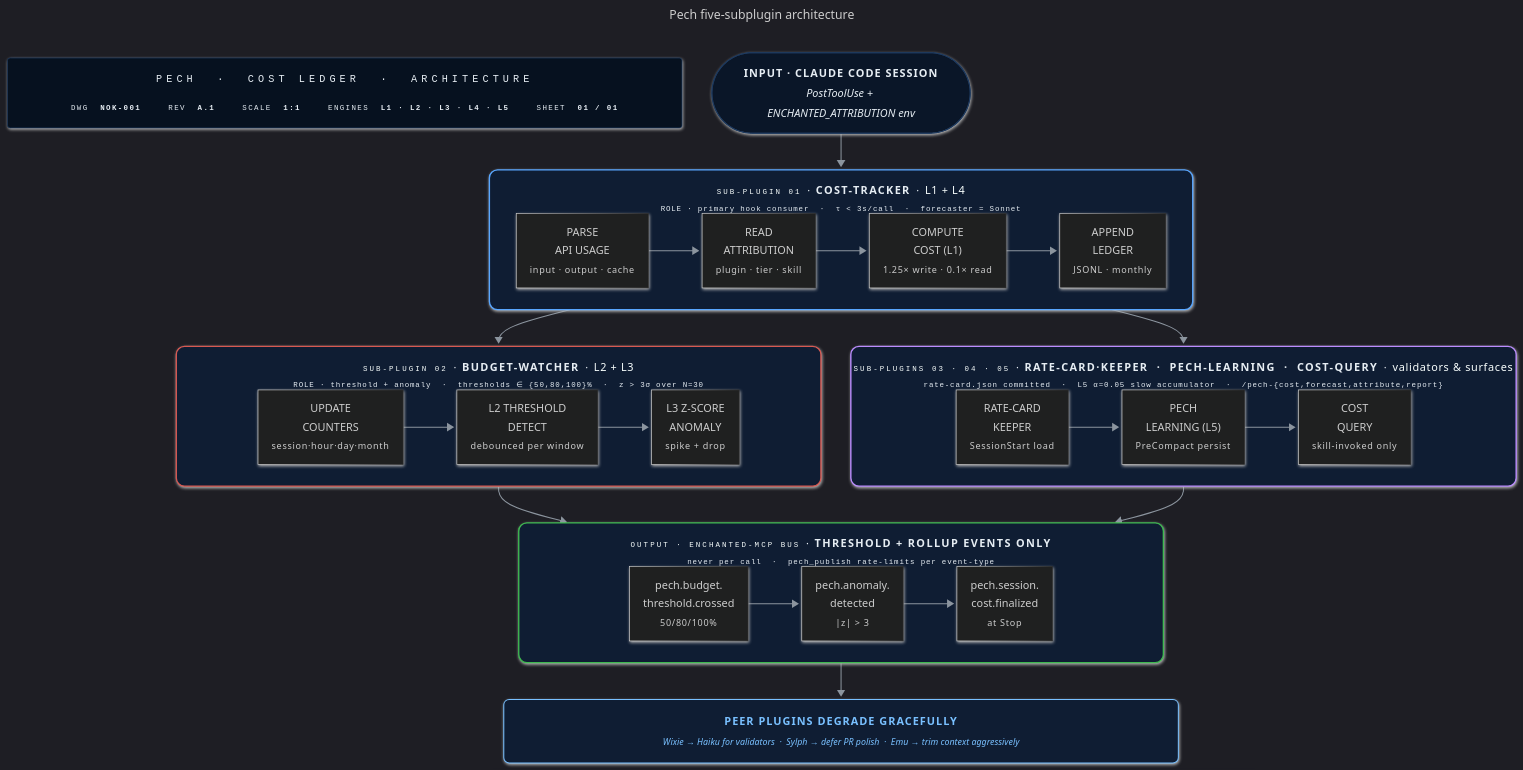
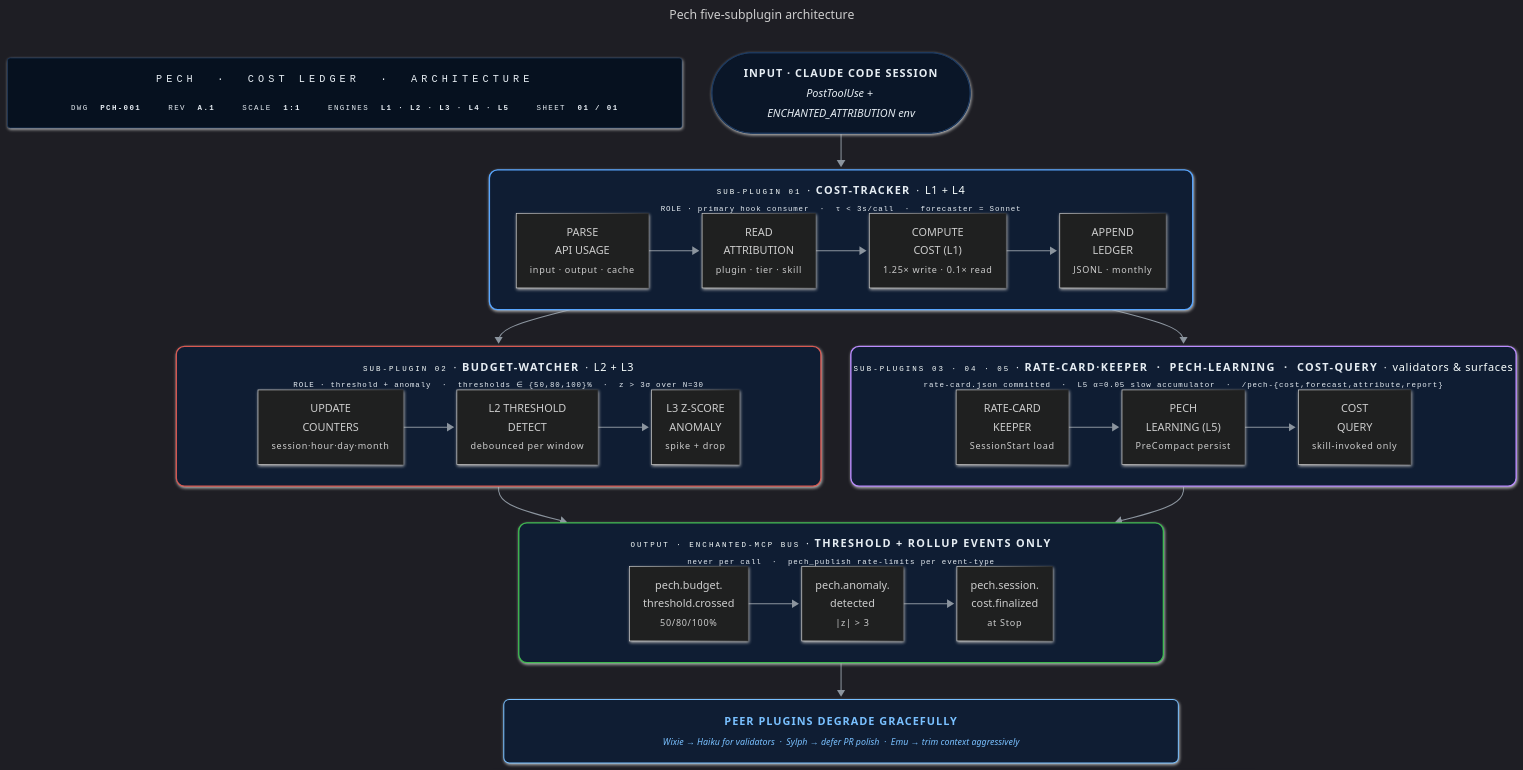
Before and after one commit to enchanted-plugins/pech: the diagram in docs/assets/pipeline.mmd, drawn with Mermaid. The commit also changed 2 other files, not shown here.

Commit message:
fix: update old 3-letter drawing codes in .mmd title blocks

```diff
--- a/docs/assets/pipeline.mmd
+++ b/docs/assets/pipeline.mmd
@@ -1,63 +1,63 @@
 ---
 title: Pech five-subplugin architecture
 config:
   look: neo
   theme: dark
   flowchart:
     curve: basis
     padding: 18
     nodeSpacing: 44
     rankSpacing: 54
     htmlLabels: true
     subGraphTitleMargin:
       top: 14
       bottom: 18
 ---
 flowchart TB
-    TitleBlock["<div style='font-family:ui-monospace,SFMono-Regular,Consolas,monospace;text-align:center;min-width:940px;padding:6px 10px;line-height:1.8'><div style='color:#58a6ff;font-size:15px;letter-spacing:6px;border-bottom:1px solid #1e3a5f;padding-bottom:10px;margin-bottom:10px'>PECH &nbsp;·&nbsp; COST&nbsp;LEDGER &nbsp;·&nbsp; ARCHITECTURE</div><div style='display:flex;gap:40px;justify-content:center;font-size:11px;color:#8b949e;letter-spacing:2px'><span>DWG&nbsp;&nbsp;<b style='color:#e6edf3'>NOK-001</b></span><span>REV&nbsp;&nbsp;<b style='color:#e6edf3'>A.1</b></span><span>SCALE&nbsp;&nbsp;<b style='color:#e6edf3'>1:1</b></span><span>ENGINES&nbsp;&nbsp;<b style='color:#e6edf3'>L1&nbsp;·&nbsp;L2&nbsp;·&nbsp;L3&nbsp;·&nbsp;L4&nbsp;·&nbsp;L5</b></span><span>SHEET&nbsp;&nbsp;<b style='color:#e6edf3'>01&nbsp;/&nbsp;01</b></span></div></div>"]
+    TitleBlock["<div style='font-family:ui-monospace,SFMono-Regular,Consolas,monospace;text-align:center;min-width:940px;padding:6px 10px;line-height:1.8'><div style='color:#58a6ff;font-size:15px;letter-spacing:6px;border-bottom:1px solid #1e3a5f;padding-bottom:10px;margin-bottom:10px'>PECH &nbsp;·&nbsp; COST&nbsp;LEDGER &nbsp;·&nbsp; ARCHITECTURE</div><div style='display:flex;gap:40px;justify-content:center;font-size:11px;color:#8b949e;letter-spacing:2px'><span>DWG&nbsp;&nbsp;<b style='color:#e6edf3'>PCH-001</b></span><span>REV&nbsp;&nbsp;<b style='color:#e6edf3'>A.1</b></span><span>SCALE&nbsp;&nbsp;<b style='color:#e6edf3'>1:1</b></span><span>ENGINES&nbsp;&nbsp;<b style='color:#e6edf3'>L1&nbsp;·&nbsp;L2&nbsp;·&nbsp;L3&nbsp;·&nbsp;L4&nbsp;·&nbsp;L5</b></span><span>SHEET&nbsp;&nbsp;<b style='color:#e6edf3'>01&nbsp;/&nbsp;01</b></span></div></div>"]
 
     Session(["<div style='text-align:center;line-height:1.8;padding:4px 12px'><b style='letter-spacing:1.5px'>INPUT&nbsp;·&nbsp;CLAUDE&nbsp;CODE&nbsp;SESSION</b><br/><em style='color:#8b949e;font-size:13px;font-weight:400'>PostToolUse + ENCHANTED_ATTRIBUTION env</em></div>"])
 
     subgraph Observe["<div style='text-align:center;min-width:940px;line-height:2'><div><span style='font-family:ui-monospace,monospace;color:#8b949e;font-size:11px;letter-spacing:3px'>SUB-PLUGIN&nbsp;01</span>&nbsp;&nbsp;·&nbsp;&nbsp;<b style='letter-spacing:2px'>COST-TRACKER</b>&nbsp;&nbsp;·&nbsp;&nbsp;<span style='color:#58a6ff;letter-spacing:1px'>L1&nbsp;+&nbsp;L4</span></div><div style='color:#6e7681;font-size:11px;font-family:ui-monospace,monospace;letter-spacing:1.2px'>ROLE&nbsp;·&nbsp;primary&nbsp;hook&nbsp;consumer&nbsp;&nbsp;·&nbsp;&nbsp;τ&nbsp;&lt;&nbsp;3s/call&nbsp;&nbsp;·&nbsp;&nbsp;forecaster&nbsp;=&nbsp;Sonnet</div></div>"]
         direction LR
         parse["<div style='text-align:center;line-height:1.7;padding:2px 4px'>PARSE<br/>API&nbsp;USAGE<br/><small style='color:#6e7681;letter-spacing:1px'>input&nbsp;·&nbsp;output&nbsp;·&nbsp;cache</small></div>"] --> attr["<div style='text-align:center;line-height:1.7;padding:2px 4px'>READ<br/>ATTRIBUTION<br/><small style='color:#6e7681;letter-spacing:1px'>plugin&nbsp;·&nbsp;tier&nbsp;·&nbsp;skill</small></div>"] --> cost["<div style='text-align:center;line-height:1.7;padding:2px 4px'>COMPUTE<br/>COST&nbsp;(L1)<br/><small style='color:#6e7681;letter-spacing:1px'>1.25×&nbsp;write&nbsp;·&nbsp;0.1×&nbsp;read</small></div>"] --> ledger["<div style='text-align:center;line-height:1.7;padding:2px 4px'>APPEND<br/>LEDGER<br/><small style='color:#6e7681;letter-spacing:1px'>JSONL&nbsp;·&nbsp;monthly</small></div>"]
     end
 
     subgraph Guard["<div style='text-align:center;min-width:940px;line-height:2'><div><span style='font-family:ui-monospace,monospace;color:#8b949e;font-size:11px;letter-spacing:3px'>SUB-PLUGIN&nbsp;02</span>&nbsp;&nbsp;·&nbsp;&nbsp;<b style='letter-spacing:2px'>BUDGET-WATCHER</b>&nbsp;&nbsp;·&nbsp;&nbsp;<span style='color:#3fb950;letter-spacing:1px'>L2&nbsp;+&nbsp;L3</span></div><div style='color:#6e7681;font-size:11px;font-family:ui-monospace,monospace;letter-spacing:1.2px'>ROLE&nbsp;·&nbsp;threshold&nbsp;+&nbsp;anomaly&nbsp;&nbsp;·&nbsp;&nbsp;thresholds&nbsp;∈&nbsp;{50,80,100}%&nbsp;&nbsp;·&nbsp;&nbsp;z&nbsp;&gt;&nbsp;3σ&nbsp;over&nbsp;N=30</div></div>"]
         direction LR
         counters["<div style='text-align:center;line-height:1.7;padding:2px 4px'>UPDATE<br/>COUNTERS<br/><small style='color:#6e7681;letter-spacing:1px'>session·hour·day·month</small></div>"] --> threshold["<div style='text-align:center;line-height:1.7;padding:2px 4px'>L2&nbsp;THRESHOLD<br/>DETECT<br/><small style='color:#6e7681;letter-spacing:1px'>debounced&nbsp;per&nbsp;window</small></div>"] --> anomaly["<div style='text-align:center;line-height:1.7;padding:2px 4px'>L3&nbsp;Z-SCORE<br/>ANOMALY<br/><small style='color:#6e7681;letter-spacing:1px'>spike&nbsp;+&nbsp;drop</small></div>"]
     end
 
     subgraph Support["<div style='text-align:center;min-width:940px;line-height:2'><div><span style='font-family:ui-monospace,monospace;color:#8b949e;font-size:11px;letter-spacing:3px'>SUB-PLUGINS&nbsp;03&nbsp;·&nbsp;04&nbsp;·&nbsp;05</span>&nbsp;&nbsp;·&nbsp;&nbsp;<b style='letter-spacing:2px'>RATE-CARD·KEEPER&nbsp;&nbsp;·&nbsp;&nbsp;PECH-LEARNING&nbsp;&nbsp;·&nbsp;&nbsp;COST-QUERY</b>&nbsp;&nbsp;·&nbsp;&nbsp;<span style='color:#bc8cff;letter-spacing:1px'>validators&nbsp;&amp;&nbsp;surfaces</span></div><div style='color:#6e7681;font-size:11px;font-family:ui-monospace,monospace;letter-spacing:1.2px'>rate-card.json&nbsp;committed&nbsp;&nbsp;·&nbsp;&nbsp;L5&nbsp;α=0.05&nbsp;slow&nbsp;accumulator&nbsp;&nbsp;·&nbsp;&nbsp;/pech-{cost,forecast,attribute,report}</div></div>"]
         direction LR
         ratecard["<div style='text-align:center;line-height:1.7;padding:2px 4px'>RATE-CARD<br/>KEEPER<br/><small style='color:#6e7681;letter-spacing:1px'>SessionStart&nbsp;load</small></div>"] --> learn["<div style='text-align:center;line-height:1.7;padding:2px 4px'>PECH<br/>LEARNING&nbsp;(L5)<br/><small style='color:#6e7681;letter-spacing:1px'>PreCompact&nbsp;persist</small></div>"] --> query["<div style='text-align:center;line-height:1.7;padding:2px 4px'>COST<br/>QUERY<br/><small style='color:#6e7681;letter-spacing:1px'>skill-invoked&nbsp;only</small></div>"]
     end
 
     subgraph Bus["<div style='text-align:center;min-width:940px;line-height:2'><div><span style='font-family:ui-monospace,monospace;color:#8b949e;font-size:11px;letter-spacing:3px'>OUTPUT&nbsp;·&nbsp;ENCHANTED-MCP&nbsp;BUS</span>&nbsp;&nbsp;·&nbsp;&nbsp;<b style='letter-spacing:2px'>THRESHOLD&nbsp;+&nbsp;ROLLUP&nbsp;EVENTS&nbsp;ONLY</b></div><div style='color:#6e7681;font-size:11px;font-family:ui-monospace,monospace;letter-spacing:1.2px'>never&nbsp;per&nbsp;call&nbsp;&nbsp;·&nbsp;&nbsp;pech_publish&nbsp;rate-limits&nbsp;per&nbsp;event-type</div></div>"]
         direction LR
         evt1["<div style='text-align:center;line-height:1.7;padding:2px 4px'>pech.budget.<br/>threshold.crossed<br/><small style='color:#6e7681;letter-spacing:1px'>50/80/100%</small></div>"] --> evt2["<div style='text-align:center;line-height:1.7;padding:2px 4px'>pech.anomaly.<br/>detected<br/><small style='color:#6e7681;letter-spacing:1px'>|z|&nbsp;&gt;&nbsp;3</small></div>"] --> evt3["<div style='text-align:center;line-height:1.7;padding:2px 4px'>pech.session.<br/>cost.finalized<br/><small style='color:#6e7681;letter-spacing:1px'>at&nbsp;Stop</small></div>"]
     end
 
     Peers["<div style='text-align:center;min-width:940px;line-height:1.8;padding:6px 10px'><b style='letter-spacing:1.5px;color:#79c0ff'>PEER&nbsp;PLUGINS&nbsp;DEGRADE&nbsp;GRACEFULLY</b><br/><em style='color:#8b949e;font-size:13px;font-weight:400'>Wixie → Haiku for validators &nbsp;·&nbsp; Sylph → defer PR polish &nbsp;·&nbsp; Emu → trim context aggressively</em></div>"]
 
     Session --> Observe
     Observe --> Guard
     Observe --> Support
     Guard --> Bus
     Support --> Bus
     Bus --> Peers
 
     classDef titleBlock fill:#06111f,stroke:#1e3a5f,stroke-width:1px,color:#e6edf3,rx:4,ry:4
     classDef session fill:#0a1628,stroke:#1e3a5f,stroke-width:1.5px,color:#e6edf3,rx:10,ry:10
     classDef peers fill:#0f1d33,stroke:#79c0ff,stroke-width:1.5px,color:#79c0ff,rx:8,ry:8
 
     class TitleBlock titleBlock
     class Session session
     class Peers peers
 
     style Observe fill:#0f1d33,stroke:#58a6ff,stroke-width:2px,color:#e6edf3,rx:12,ry:12
     style Guard fill:#0f1d33,stroke:#d75952,stroke-width:2px,color:#e6edf3,rx:12,ry:12
     style Support fill:#0f1d33,stroke:#bc8cff,stroke-width:2px,color:#e6edf3,rx:12,ry:12
     style Bus fill:#0f1d33,stroke:#3fb950,stroke-width:2px,color:#e6edf3,rx:12,ry:12
 
     linkStyle default stroke:#8b949e,stroke-width:1.5px
```
